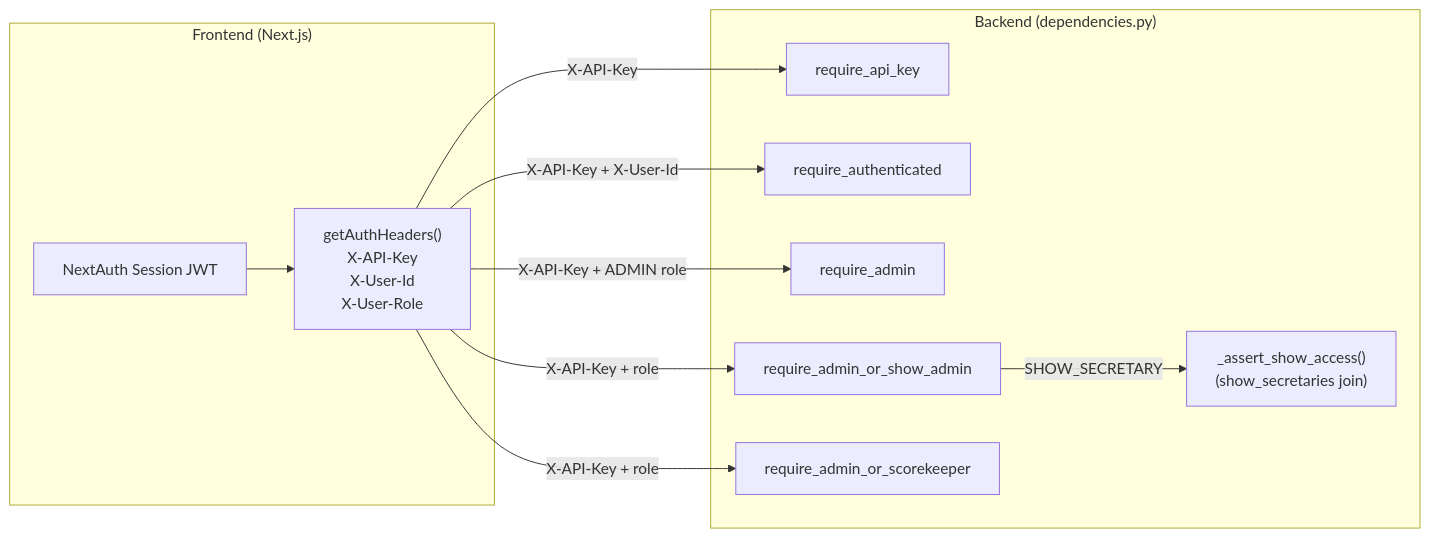
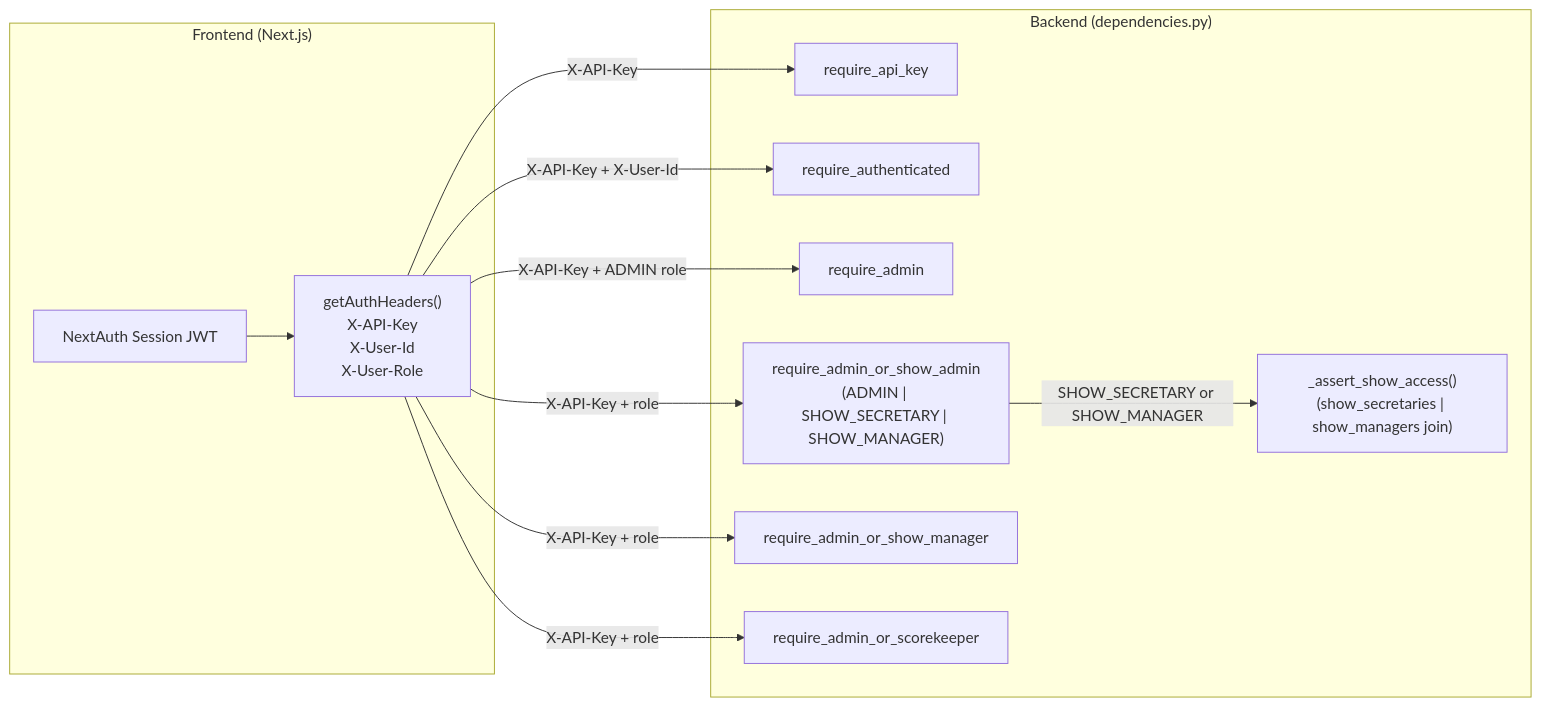
One commit to dhuber24/horse-show-results-app changed the first of 4 diagrams in Claude.md. Above: the diagram before and after it, drawn with Mermaid. The commit also changed other lines of this file and 37 other files, not shown here.

First line of the commit message:
Add Show Manager role, show request workflow, and APHA certification lookup

````diff
--- a/Claude.md
+++ b/Claude.md
@@ -142,24 +151,26 @@
 ```mermaid
 flowchart LR
     subgraph Frontend["Frontend (Next.js)"]
         S[NextAuth Session JWT]
         H["getAuthHeaders()\nX-API-Key\nX-User-Id\nX-User-Role"]
         S --> H
     end
 
     subgraph Backend["Backend (dependencies.py)"]
         AK[require_api_key]
         AU[require_authenticated]
         ADM[require_admin]
-        SA[require_admin_or_show_admin]
+        SA["require_admin_or_show_admin\n(ADMIN | SHOW_SECRETARY | SHOW_MANAGER)"]
+        SM[require_admin_or_show_manager]
         SK[require_admin_or_scorekeeper]
-        SS["_assert_show_access()\n(show_secretaries join)"]
+        SS["_assert_show_access()\n(show_secretaries | show_managers join)"]
     end
 
     H -->|X-API-Key| AK
     H -->|"X-API-Key + X-User-Id"| AU
     H -->|"X-API-Key + ADMIN role"| ADM
     H -->|"X-API-Key + role"| SA
+    H -->|"X-API-Key + role"| SM
     H -->|"X-API-Key + role"| SK
-    SA -->|SHOW_SECRETARY| SS
+    SA -->|"SHOW_SECRETARY or SHOW_MANAGER"| SS
 ```
````
